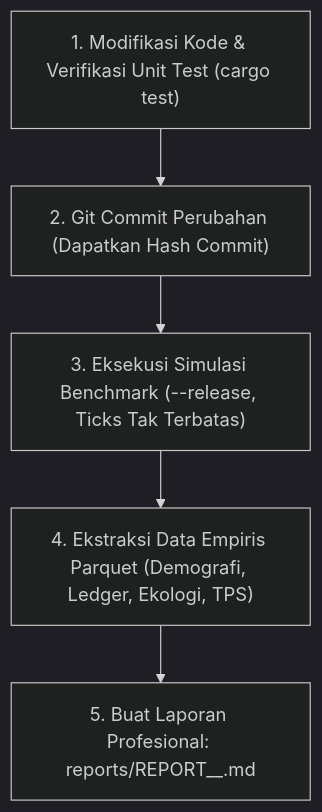
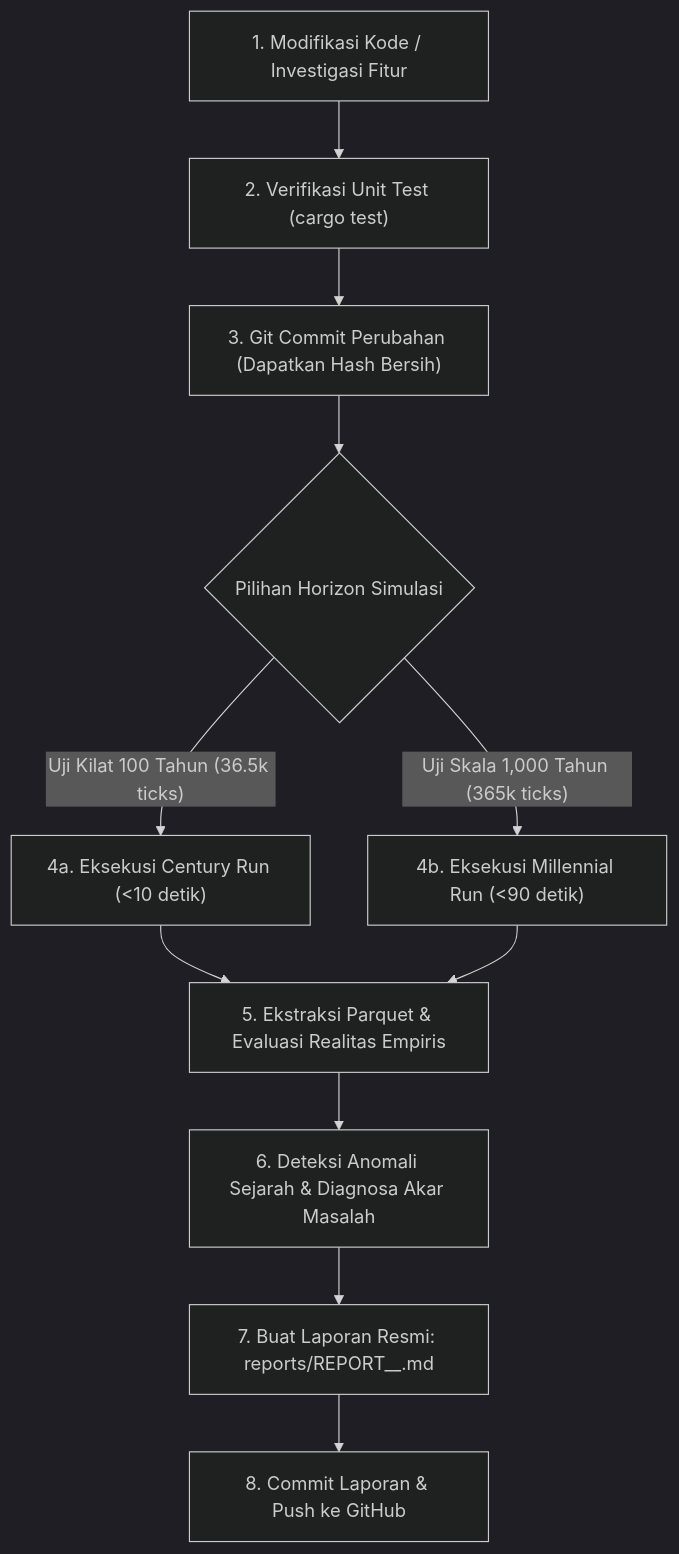
Before and after one commit to ihkaru/economy: the diagram in .agents/skills/simulation-benchmark-reporter/SKILL.md, drawn with Mermaid (dark theme). The commit also changed other lines of this file and 1 other file, not shown here.

First line of the commit message:
feat(skill): add initial vs final reality evaluation and 1,000-year millennial benchmark protocol

````diff
--- a/.agents/skills/simulation-benchmark-reporter/SKILL.md
+++ b/.agents/skills/simulation-benchmark-reporter/SKILL.md
@@ -41,7 +66,13 @@
 ```mermaid
 flowchart TD
-    A["1. Modifikasi Kode & Verifikasi Unit Test (cargo test)"] --> B["2. Git Commit Perubahan (Dapatkan Hash Commit)"]
-    B --> C["3. Eksekusi Simulasi Benchmark (--release, Ticks Tak Terbatas)"]
-    C --> D["4. Ekstraksi Data Empiris Parquet (Demografi, Ledger, Ekologi, TPS)"]
-    D --> E["5. Buat Laporan Profesional: reports/REPORT_<commit>_<topic>.md"]
+    A["1. Modifikasi Kode / Investigasi Fitur"] --> B["2. Verifikasi Unit Test (cargo test)"]
+    B --> C["3. Git Commit Perubahan (Dapatkan Hash Bersih)"]
+    C --> D{"Pilihan Horizon Simulasi"}
+    D -->|"Uji Kilat 100 Tahun (36.5k ticks)"| E["4a. Eksekusi Century Run (<10 detik)"]
+    D -->|"Uji Skala 1,000 Tahun (365k ticks)"| F["4b. Eksekusi Millennial Run (<90 detik)"]
+    E --> G["5. Ekstraksi Parquet & Evaluasi Realitas Empiris"]
+    F --> G
+    G --> H["6. Deteksi Anomali Sejarah & Diagnosa Akar Masalah"]
+    H --> I["7. Buat Laporan Resmi: reports/REPORT_<commit>_<topic>.md"]
+    I --> J["8. Commit Laporan & Push ke GitHub"]
 ```
````
